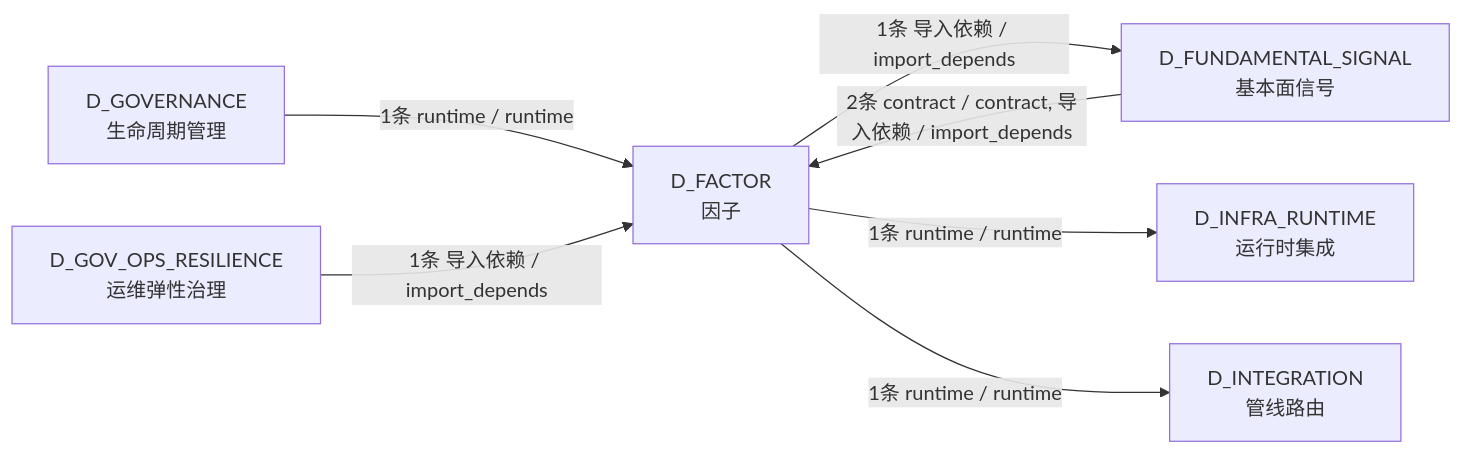
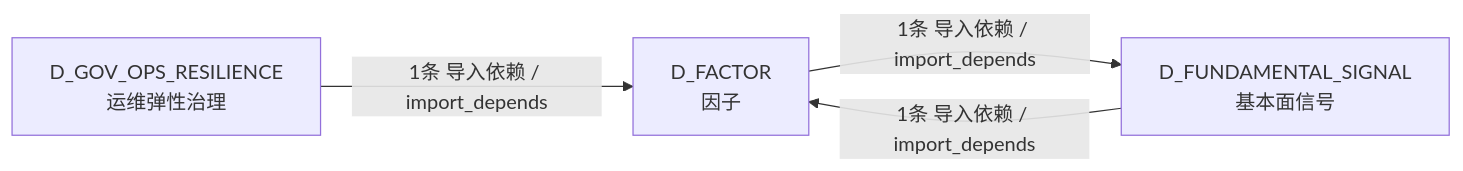
The fourth of 4 diagrams in docs/02_enterprise_architecture/02_domain_architecture_docs/36_d_factor.md (xuanFelixVan/ZephyrAlpha), drawn with Mermaid before and after one commit. The commit also changed other lines of this file and 97 other files, not shown here.

````diff
--- a/docs/02_enterprise_architecture/02_domain_architecture_docs/36_d_factor.md
+++ b/docs/02_enterprise_architecture/02_domain_architecture_docs/36_d_factor.md
@@ -186,15 +167,9 @@
 ```mermaid
 graph LR
     D_FACTOR["D_FACTOR<br/>因子"]
     D_FUNDAMENTAL_SIGNAL["D_FUNDAMENTAL_SIGNAL<br/>基本面信号"]
-    D_INFRA_RUNTIME["D_INFRA_RUNTIME<br/>运行时集成"]
-    D_INTEGRATION["D_INTEGRATION<br/>管线路由"]
-    D_GOVERNANCE["D_GOVERNANCE<br/>生命周期管理"]
     D_GOV_OPS_RESILIENCE["D_GOV_OPS_RESILIENCE<br/>运维弹性治理"]
     D_FACTOR -->|1条 导入依赖 / import_depends| D_FUNDAMENTAL_SIGNAL
-    D_FACTOR -->|1条 runtime / runtime| D_INFRA_RUNTIME
-    D_FACTOR -->|1条 runtime / runtime| D_INTEGRATION
-    D_FUNDAMENTAL_SIGNAL -->|2条 contract / contract, 导入依赖 / import_depends| D_FACTOR
-    D_GOVERNANCE -->|1条 runtime / runtime| D_FACTOR
+    D_FUNDAMENTAL_SIGNAL -->|1条 导入依赖 / import_depends| D_FACTOR
     D_GOV_OPS_RESILIENCE -->|1条 导入依赖 / import_depends| D_FACTOR
 ```
````
